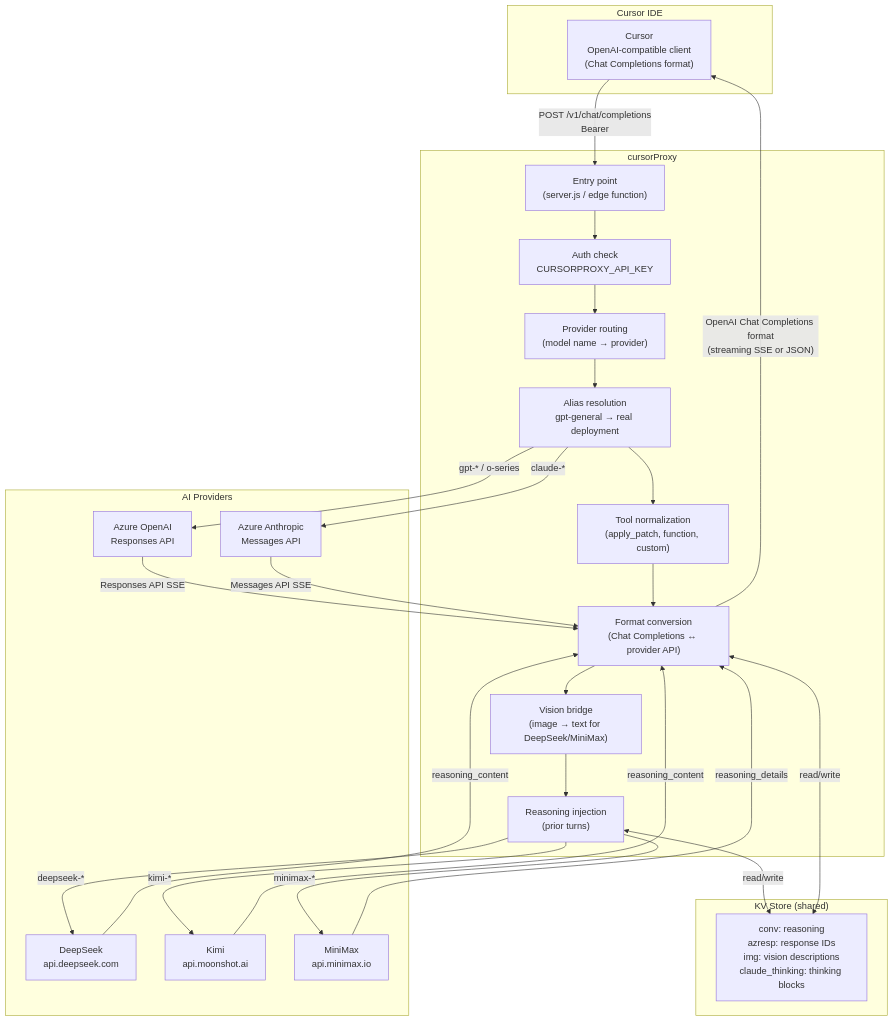
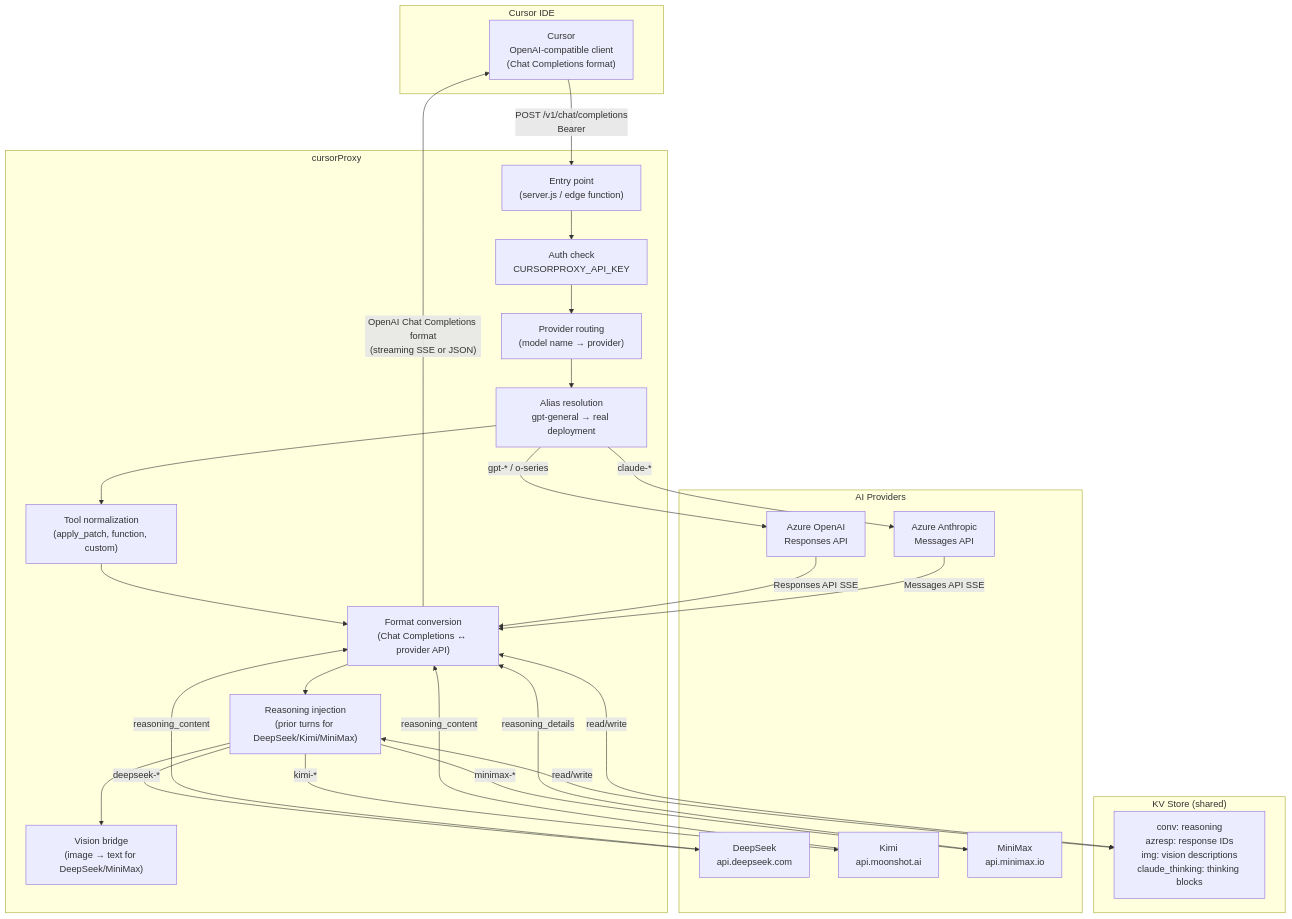
The first of 4 diagrams in doc/architecture-overview.md (lqdflying/cursorProxy), drawn with Mermaid before and after one commit. The commit also changed other lines of this file and 7 other files, not shown here.

````diff
--- a/doc/architecture-overview.md
+++ b/doc/architecture-overview.md
@@ -5,50 +5,50 @@
 ```mermaid
 flowchart TD
     subgraph "Cursor IDE"
         CUR["Cursor\nOpenAI-compatible client\n(Chat Completions format)"]
     end
 
     subgraph "cursorProxy"
         EP["Entry point\n(server.js / edge function)"]
         AUTH["Auth check\nCURSORPROXY_API_KEY"]
         ROUTE["Provider routing\n(model name → provider)"]
         ALIAS["Alias resolution\ngpt-general → real deployment"]
         TOOLS["Tool normalization\n(apply_patch, function, custom)"]
         FMT["Format conversion\n(Chat Completions ↔ provider API)"]
         VB["Vision bridge\n(image → text for DeepSeek/MiniMax)"]
-        RSN["Reasoning injection\n(prior turns)"]
+        RSN["Reasoning injection\n(prior turns for DeepSeek/Kimi/MiniMax)"]
     end
 
     subgraph "KV Store (shared)"
         KV["conv: reasoning\nazresp: response IDs\nimg: vision descriptions\nclaude_thinking: thinking blocks"]
     end
 
     subgraph "AI Providers"
         DS["DeepSeek\napi.deepseek.com"]
         KI["Kimi\napi.moonshot.ai"]
         MM["MiniMax\napi.minimax.io"]
         AO["Azure OpenAI\nResponses API"]
         AA["Azure Anthropic\nMessages API"]
     end
 
     CUR -->|"POST /v1/chat/completions\nBearer <CURSORPROXY_API_KEY>"| EP
     EP --> AUTH --> ROUTE --> ALIAS
     ALIAS --> TOOLS --> FMT
-    FMT --> VB --> RSN
+    FMT --> RSN --> VB
     RSN <-->|read/write| KV
     FMT <-->|read/write| KV
 
     RSN -->|deepseek-*| DS
     RSN -->|kimi-*| KI
     RSN -->|minimax-*| MM
     ALIAS -->|gpt-* / o-series| AO
     ALIAS -->|claude-*| AA
 
     DS -->|reasoning_content| FMT
     KI -->|reasoning_content| FMT
     MM -->|reasoning_details| FMT
     AO -->|Responses API SSE| FMT
     AA -->|Messages API SSE| FMT
 
     FMT -->|"OpenAI Chat Completions format\n(streaming SSE or JSON)"| CUR
 ```
````
